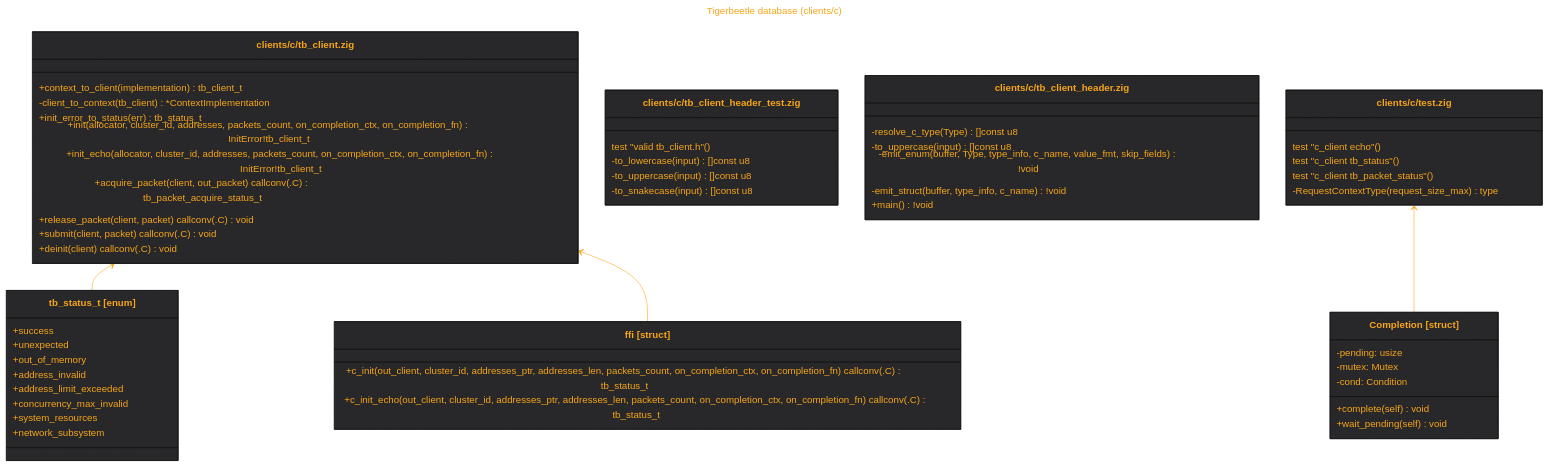
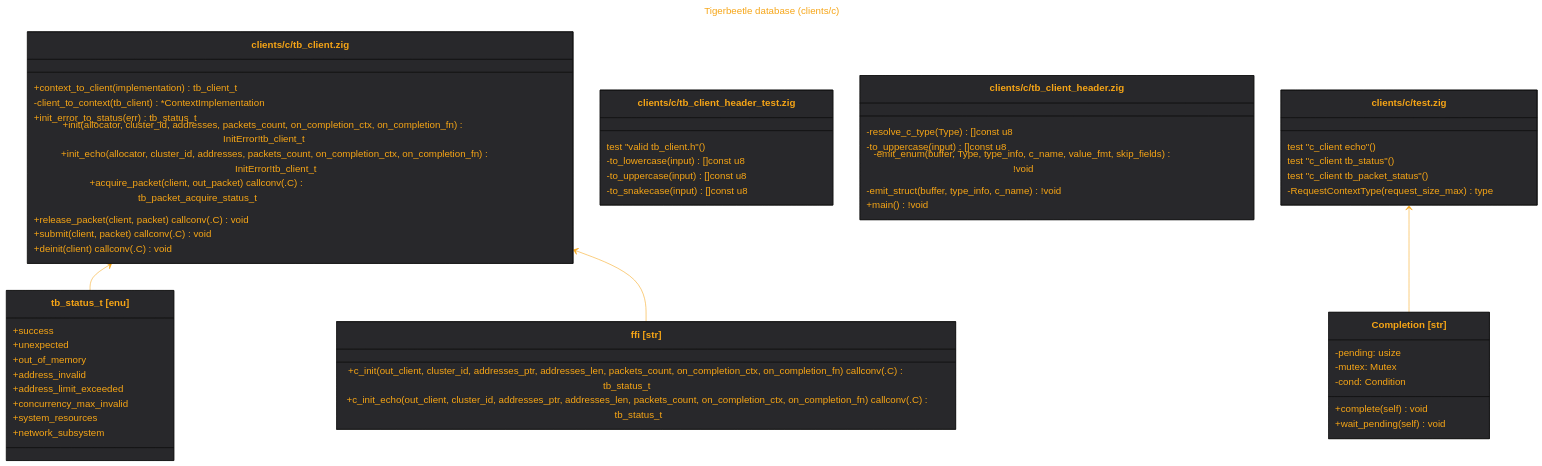
One commit to tensorush/meduza changed the diagram in out/src.clients.c.md. Above: the diagram before and after it, drawn with Mermaid. The commit also changed 17 other files, not shown here.

````diff
--- a/out/src.clients.c.md
+++ b/out/src.clients.c.md
@@ -1,79 +1,79 @@
 ```mermaid
 ---
 title: Tigerbeetle database (clients/c)
 ---
 %%{
     init: {
         'theme': 'base',
         'themeVariables': {
             'fontSize': '18px',
             'fontFamily': 'arial',
             'lineColor': '#F6A516',
             'primaryColor': '#28282B',
             'primaryTextColor': '#F6A516'
         }
     }
 }%%
 classDiagram
-class tb_status_t["tb_status_t [enum]"] {
+class tb_status_t["tb_status_t [enu]"] {
     +success
     +unexpected
     +out_of_memory
     +address_invalid
     +address_limit_exceeded
     +concurrency_max_invalid
     +system_resources
     +network_subsystem
 }
 link tb_status_t "https://github.com/tigerbeetle/tigerbeetle/blob/main/src/clients/c/tb_client.zig#L9"
-class ffi["ffi [struct]"] {
+class ffi["ffi [str]"] {
     +c_init(out_client, cluster_id, addresses_ptr, addresses_len, packets_count, on_completion_ctx, on_completion_fn) callconv(.C) tb_status_t
     +c_init_echo(out_client, cluster_id, addresses_ptr, addresses_len, packets_count, on_completion_ctx, on_completion_fn) callconv(.C) tb_status_t
 }
 link ffi "https://github.com/tigerbeetle/tigerbeetle/blob/main/src/clients/c/tb_client.zig#L68"
 class `clients/c/tb_client.zig` {
     +context_to_client(implementation) tb_client_t
     -client_to_context(tb_client) *ContextImplementation
     +init_error_to_status(err) tb_status_t
     +init(allocator, cluster_id, addresses, packets_count, on_completion_ctx, on_completion_fn) InitError!tb_client_t
     +init_echo(allocator, cluster_id, addresses, packets_count, on_completion_ctx, on_completion_fn) InitError!tb_client_t
     +acquire_packet(client, out_packet) callconv(.C) tb_packet_acquire_status_t
     +release_packet(client, packet) callconv(.C) void
     +submit(client, packet) callconv(.C) void
     +deinit(client) callconv(.C) void
 }
 `clients/c/tb_client.zig` <-- tb_status_t
 `clients/c/tb_client.zig` <-- ffi
 link `clients/c/tb_client.zig` "https://github.com/tigerbeetle/tigerbeetle/blob/main/src/clients/c/tb_client.zig"
 class `clients/c/tb_client_header_test.zig` {
     test "valid tb_client.h"()
     -to_lowercase(input) []const u8
     -to_uppercase(input) []const u8
     -to_snakecase(input) []const u8
 }
 link `clients/c/tb_client_header_test.zig` "https://github.com/tigerbeetle/tigerbeetle/blob/main/src/clients/c/tb_client_header_test.zig"
 class `clients/c/tb_client_header.zig` {
     -resolve_c_type(Type) []const u8
     -to_uppercase(input) []const u8
     -emit_enum(buffer, Type, type_info, c_name, value_fmt, skip_fields) !void
     -emit_struct(buffer, type_info, c_name) !void
     +main() !void
 }
 link `clients/c/tb_client_header.zig` "https://github.com/tigerbeetle/tigerbeetle/blob/main/src/clients/c/tb_client_header.zig"
-class Completion["Completion [struct]"] {
+class Completion["Completion [str]"] {
     -pending: usize
     -mutex: Mutex
     -cond: Condition
     +complete(self) void
     +wait_pending(self) void
 }
 link Completion "https://github.com/tigerbeetle/tigerbeetle/blob/main/src/clients/c/test.zig#L60"
 class `clients/c/test.zig` {
     test "c_client echo"()
     test "c_client tb_status"()
     test "c_client tb_packet_status"()
     -RequestContextType(request_size_max) type
 }
 `clients/c/test.zig` <-- Completion
 link `clients/c/test.zig` "https://github.com/tigerbeetle/tigerbeetle/blob/main/src/clients/c/test.zig"
 ```
````
